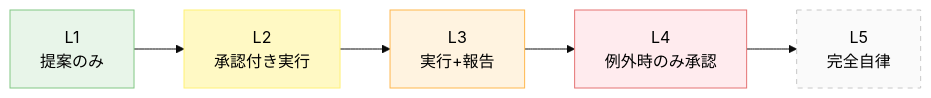
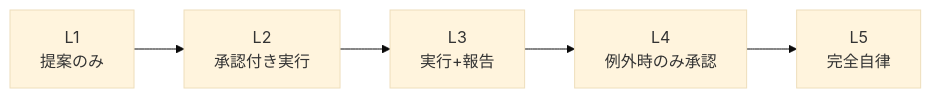
One commit to dinekt/dinekt-wiki changed the first of 2 diagrams in docs/concepts/エージェントの自律度レベルと昇格基準.md. Above: the diagram before and after it, drawn with Mermaid (base theme). The commit also changed other lines of this file and 70 other files, not shown here.

First line of the commit message:
fix(mermaid): strip all inline styling, rely on theme

````diff
--- a/docs/concepts/エージェントの自律度レベルと昇格基準.md
+++ b/docs/concepts/エージェントの自律度レベルと昇格基準.md
@@ -23,13 +23,8 @@
 ```mermaid
 flowchart LR
     L1[L1<br/>提案のみ] --> L2[L2<br/>承認付き実行]
     L2 --> L3[L3<br/>実行+報告]
     L3 --> L4[L4<br/>例外時のみ承認]
     L4 --> L5[L5<br/>完全自律]
 
-    style L1 fill:#e8f5e9,stroke:#81c784,color:#000
-    style L2 fill:#fff9c4,stroke:#fff176,color:#000
-    style L3 fill:#fff3e0,stroke:#ffb74d,color:#000
-    style L4 fill:#ffebee,stroke:#e57373,color:#000
-    style L5 fill:#fafafa,stroke:#c8c8c8,stroke-dasharray:5 5,color:#000
 ```
````
